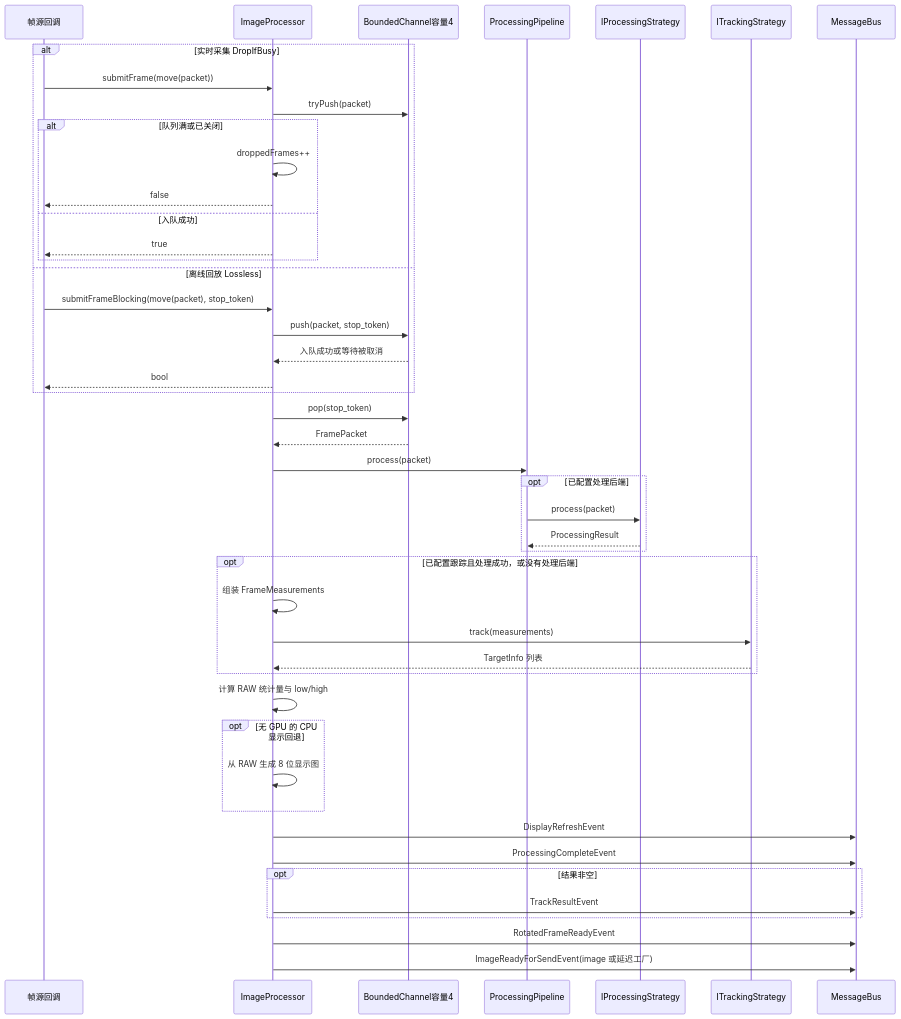
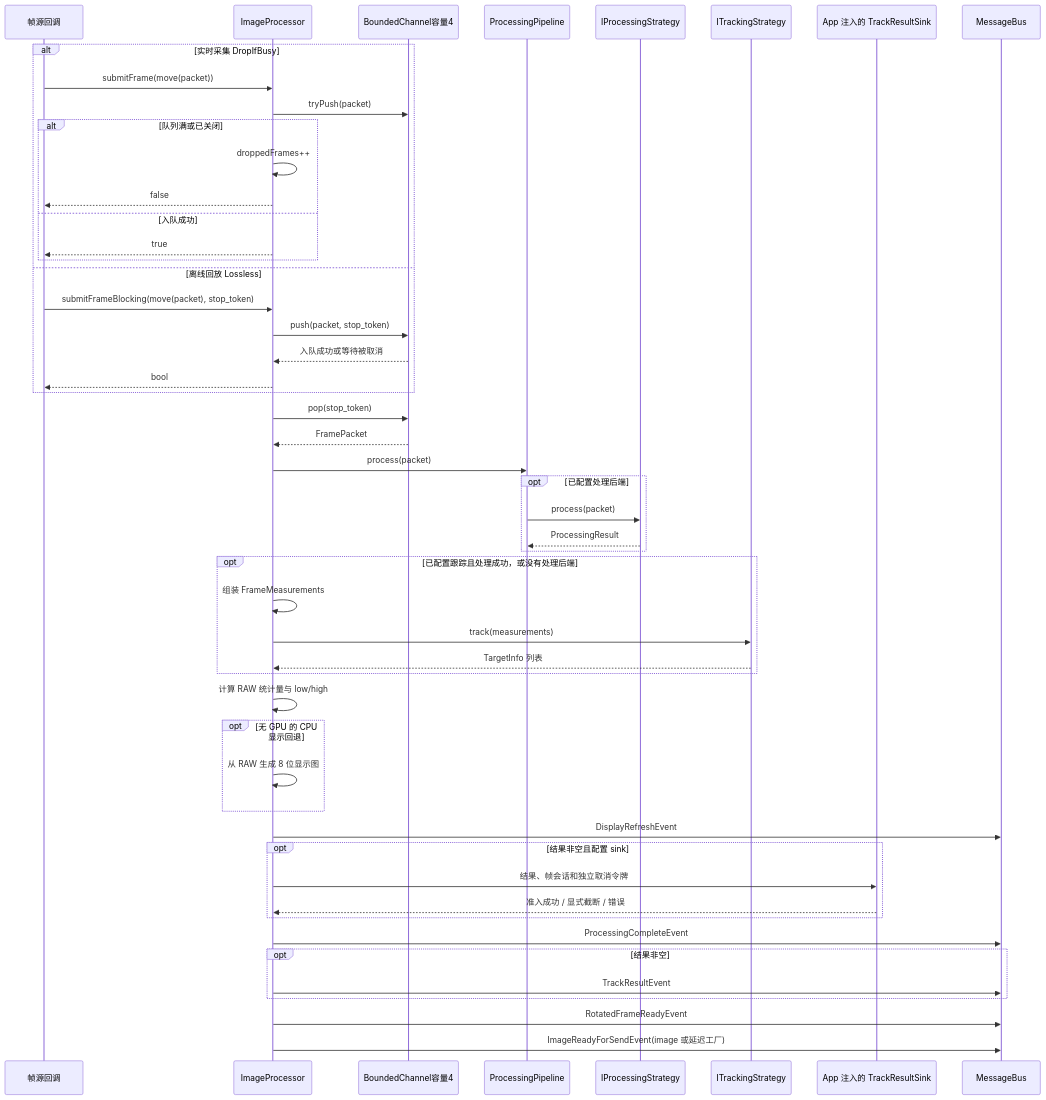
Before and after one commit to with-fair-wind/1mZGG: the third of 5 diagrams in docs/module-processing.md, drawn with Mermaid. The commit also changed other lines of this file and 27 other files, not shown here.

````diff
--- a/docs/module-processing.md
+++ b/docs/module-processing.md
@@ -259,49 +262,54 @@
 ```mermaid
 sequenceDiagram
     participant Producer as 帧源回调
     participant Processor as ImageProcessor
     participant Queue as BoundedChannel容量4
     participant Pipeline as ProcessingPipeline
     participant Strategy as IProcessingStrategy
     participant Tracker as ITrackingStrategy
+    participant Store as App 注入的 TrackResultSink
     participant Bus as MessageBus
 
     alt 实时采集 DropIfBusy
         Producer->>Processor: submitFrame(move(packet))
         Processor->>Queue: tryPush(packet)
         alt 队列满或已关闭
             Processor->>Processor: droppedFrames++
             Processor-->>Producer: false
         else 入队成功
             Processor-->>Producer: true
         end
     else 离线回放 Lossless
         Producer->>Processor: submitFrameBlocking(move(packet), stop_token)
         Processor->>Queue: push(packet, stop_token)
         Queue-->>Processor: 入队成功或等待被取消
         Processor-->>Producer: bool
     end
     Processor->>Queue: pop(stop_token)
     Queue-->>Processor: FramePacket
     Processor->>Pipeline: process(packet)
     opt 已配置处理后端
         Pipeline->>Strategy: process(packet)
         Strategy-->>Pipeline: ProcessingResult
     end
     opt 已配置跟踪且处理成功，或没有处理后端
         Processor->>Processor: 组装 FrameMeasurements
         Processor->>Tracker: track(measurements)
         Tracker-->>Processor: TargetInfo 列表
     end
     Processor->>Processor: 计算 RAW 统计量与 low/high
     opt 无 GPU 的 CPU 显示回退
         Processor->>Processor: 从 RAW 生成 8 位显示图
     end
     Processor->>Bus: DisplayRefreshEvent
+    opt 结果非空且配置 sink
+        Processor->>Store: 结果、帧会话和独立取消令牌
+        Store-->>Processor: 准入成功 / 显式截断 / 错误
+    end
     Processor->>Bus: ProcessingCompleteEvent
     opt 结果非空
         Processor->>Bus: TrackResultEvent
     end
     Processor->>Bus: RotatedFrameReadyEvent
     Processor->>Bus: ImageReadyForSendEvent(image 或延迟工厂)
 ```
````
